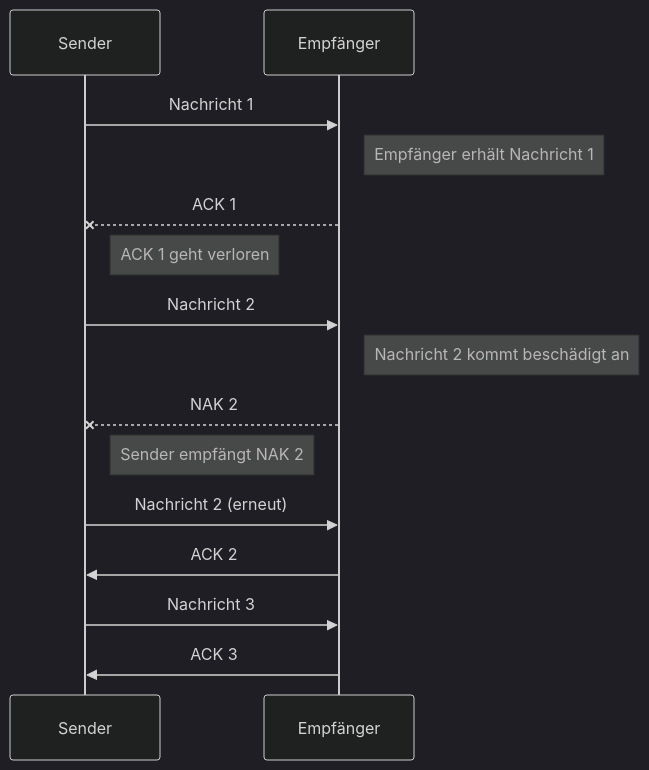
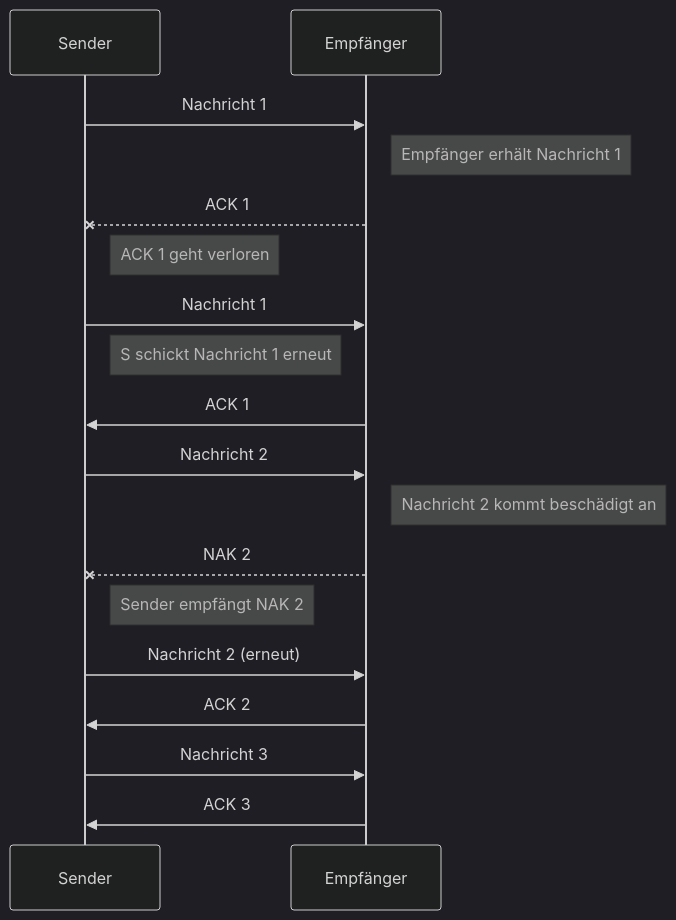
Before and after one commit to noluyorAbi/quartzDeployment: the eighth of 8 diagrams in content/4.Semester/Informatik/RNVS/RNVS-Übungblätter/ÜB 04/RNVS-Blatt-04.md, drawn with Mermaid (dark theme). The commit also changed other lines of this file and 2 other files, not shown here.

````diff
--- a/content/4.Semester/Informatik/RNVS/RNVS-Übungblätter/ÜB 04/RNVS-Blatt-04.md
+++ b/content/4.Semester/Informatik/RNVS/RNVS-Übungblätter/ÜB 04/RNVS-Blatt-04.md
@@ -178,20 +199,23 @@
 ```mermaid
 sequenceDiagram
     participant S as Sender
     participant E as Empfänger
 
     S ->> E: Nachricht 1
     note right of E: Empfänger erhält Nachricht 1
     E --x S: ACK 1
     note right of S: ACK 1 geht verloren
+    S ->> E: Nachricht 1
+    note right of S: S schickt Nachricht 1 erneut    
+    E ->> S: ACK 1
 
     S ->> E: Nachricht 2
     note right of E: Nachricht 2 kommt beschädigt an
     E --x S: NAK 2
     note right of S: Sender empfängt NAK 2
 
     S ->> E: Nachricht 2 (erneut)
     E ->> S: ACK 2
     S ->> E: Nachricht 3
     E ->> S: ACK 3
 ```
````
